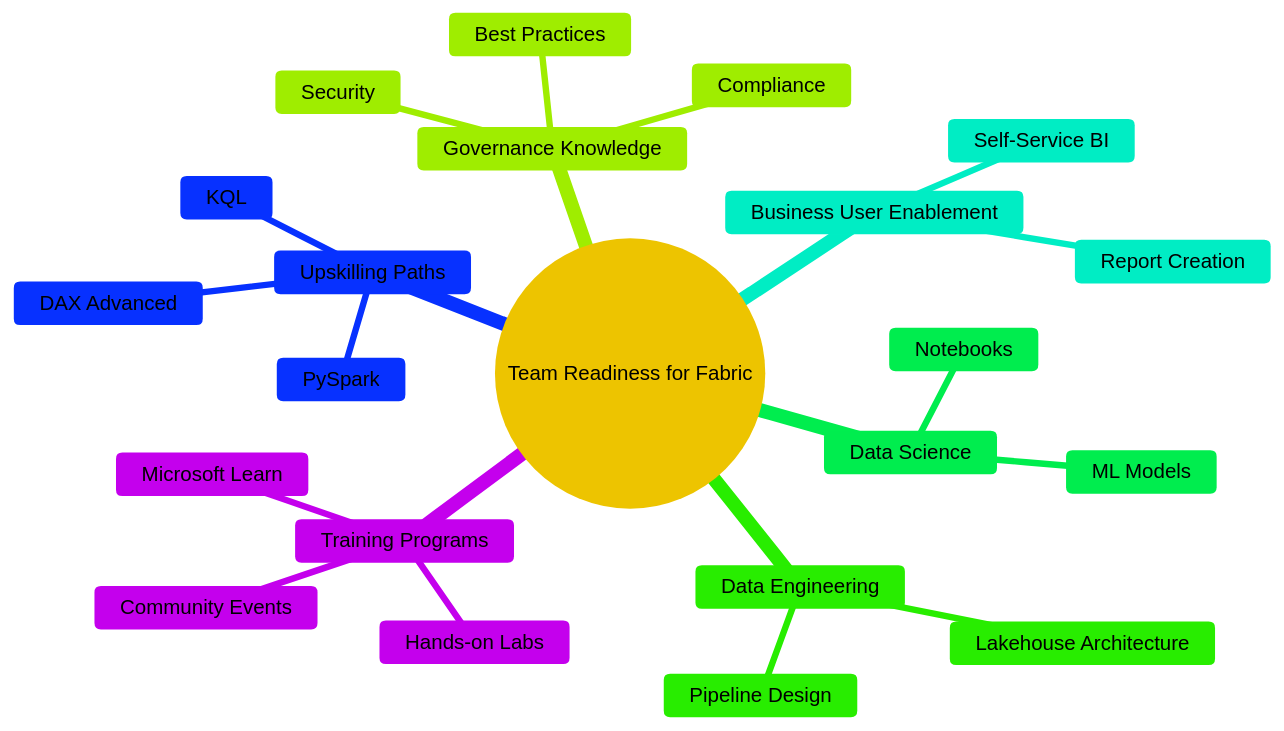
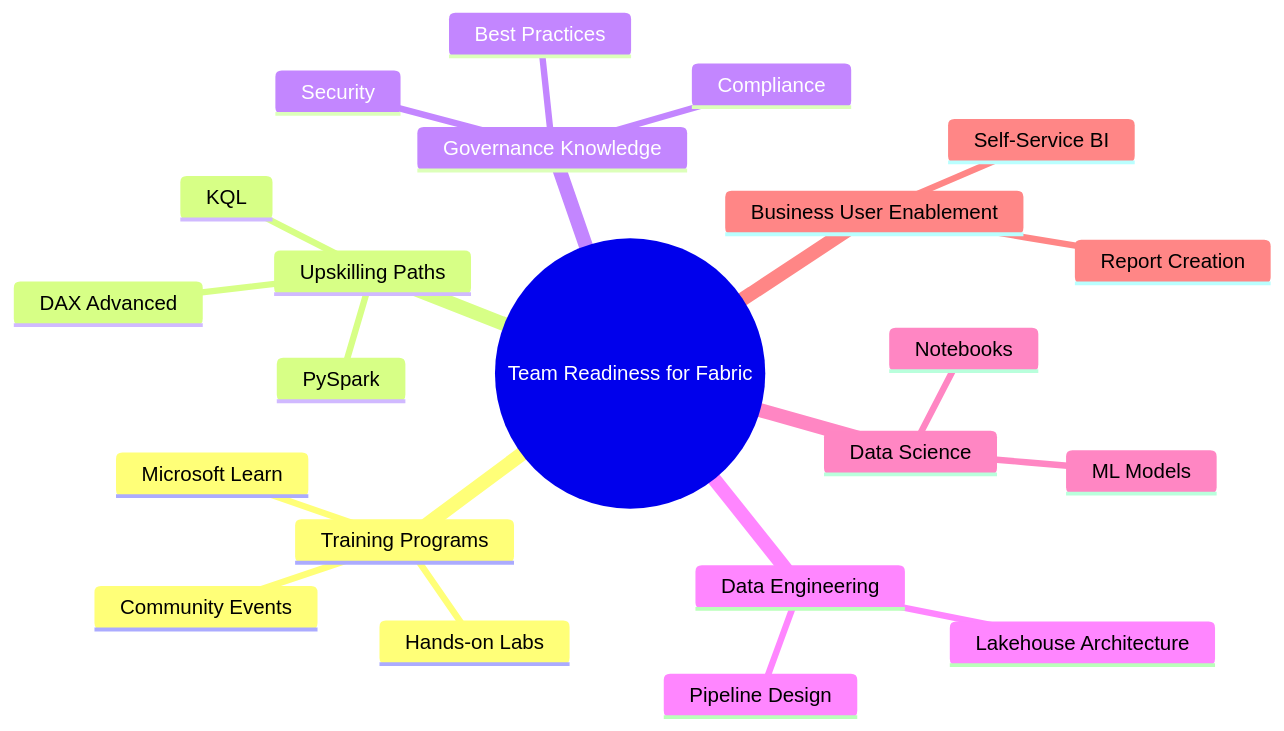
One commit to MoBRUEC/MoBRUEC changed the fourth of 10 diagrams in microsoft-fabric/readme.md. Above: the diagram before and after it, drawn with Mermaid. The commit also changed other lines of this file, not shown here.

````diff
--- a/microsoft-fabric/readme.md
+++ b/microsoft-fabric/readme.md
@@ -181,26 +163,25 @@
 ```mermaid
-%%{init: {'theme':'base', 'themeVariables': { 'primaryColor':'#FFE66D','primaryTextColor':'#000','primaryBorderColor':'#4ECDC4'}}}%%
 mindmap
   root((Team Readiness for Fabric))
     Training Programs
       Microsoft Learn
       Hands-on Labs
       Community Events
     Upskilling Paths
       PySpark
       KQL
       DAX Advanced
     Governance Knowledge
       Security
       Compliance
       Best Practices
     Data Engineering
       Pipeline Design
       Lakehouse Architecture
     Data Science
       ML Models
       Notebooks
     Business User Enablement
       Self-Service BI
       Report Creation
 ```
````
